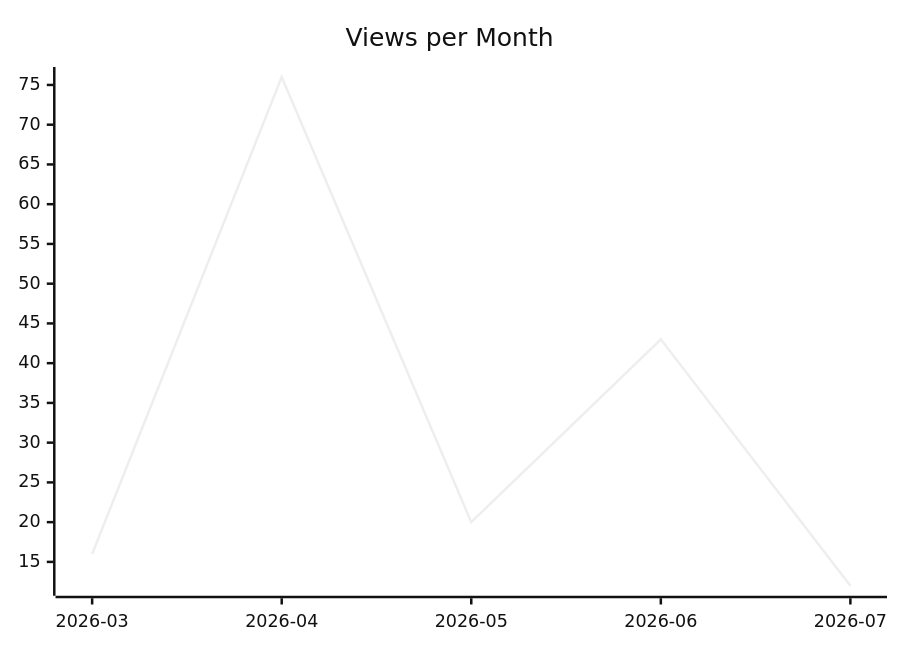
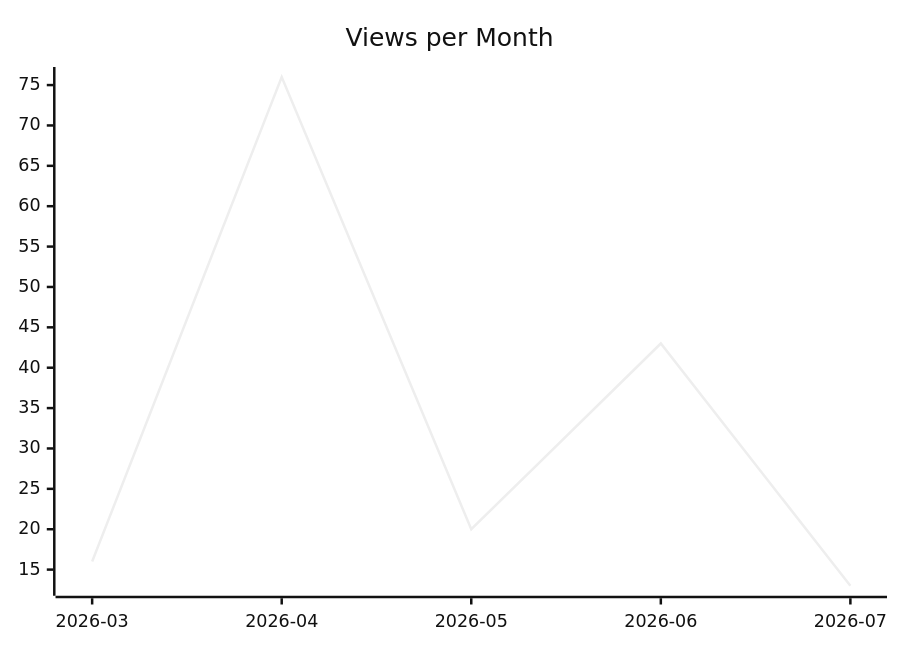
The second of 3 diagrams in karlmdavis/ksoap2-android/README.md (justdavis-family/github-analytics-data), drawn with Mermaid (neutral theme) before and after one commit. The commit also changed other lines of this file and 166 other files, not shown here.

````diff
--- a/karlmdavis/ksoap2-android/README.md
+++ b/karlmdavis/ksoap2-android/README.md
@@ -12,6 +12,6 @@
 ```mermaid
 xychart-beta
   title "Views per Month"
   x-axis ["2026-03", "2026-04", "2026-05", "2026-06", "2026-07"]
-  line [16, 76, 20, 43, 12]
+  line [16, 76, 20, 43, 13]
 ```
````
